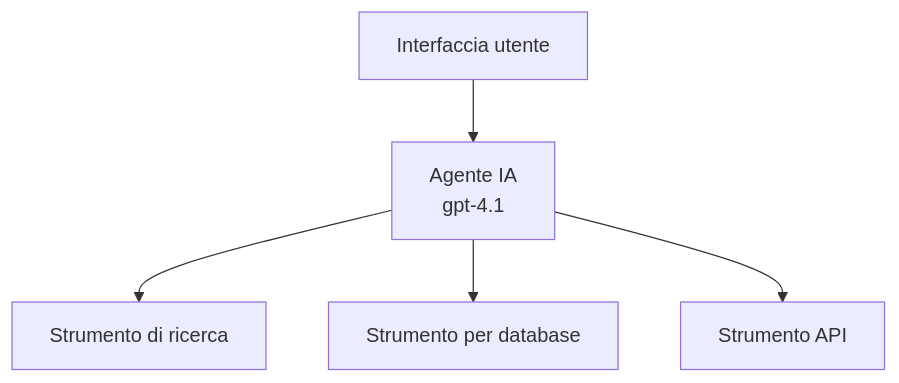
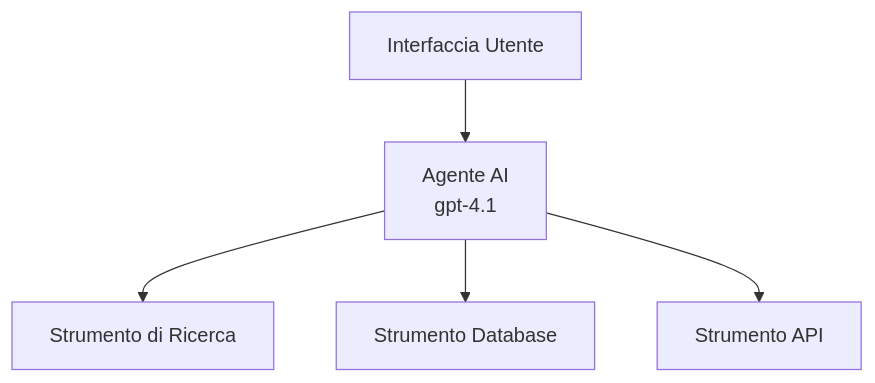
The first of 3 diagrams in translations/it/docs/chapter-02-ai-development/agents.md (microsoft/AZD-for-beginners), drawn with Mermaid before and after one commit. The commit also changed other lines of this file and 61 other files, not shown here.

````diff
--- a/translations/it/docs/chapter-02-ai-development/agents.md
+++ b/translations/it/docs/chapter-02-ai-development/agents.md
@@ -162,7 +162,7 @@
 ```mermaid
 graph TD
-    UI[Interfaccia utente] --> Agent[Agente IA<br/>gpt-4.1]
-    Agent --> Search[Strumento di ricerca]
-    Agent --> Database[Strumento per database]
+    UI[Interfaccia Utente] --> Agent[Agente AI<br/>gpt-4.1]
+    Agent --> Search[Strumento di Ricerca]
+    Agent --> Database[Strumento Database]
     Agent --> API[Strumento API]
 ```
````
